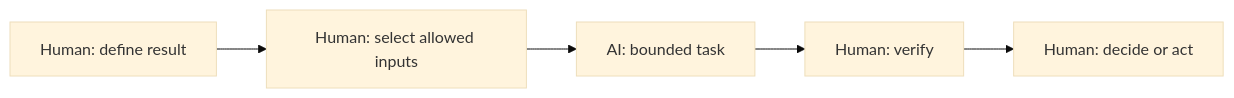
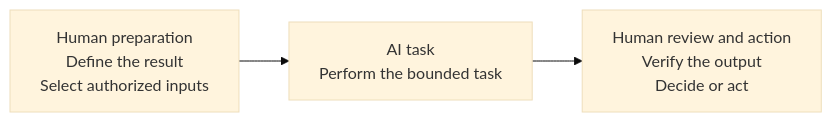
The diagram in teaching/visuals/s05/en/responsibility-model.mmd (Ange230700/ibm-ai-foundations-for-everyone-notes), drawn with Mermaid (base theme) before and after one commit. The commit also changed 12 other files, not shown here.

```diff
--- a/teaching/visuals/s05/en/responsibility-model.mmd
+++ b/teaching/visuals/s05/en/responsibility-model.mmd
@@ -1,5 +1,5 @@
 flowchart LR
- A["Human: define result"] --> B["Human: select allowed inputs"]
- B --> C["AI: bounded task"]
- C --> D["Human: verify"]
- D --> E["Human: decide or act"]
+ A["Human preparation<br/>Define the result<br/>Select authorized inputs"]
+ B["AI task<br/>Perform the bounded task"]
+ C["Human review and action<br/>Verify the output<br/>Decide or act"]
+ A --> B --> C
```
